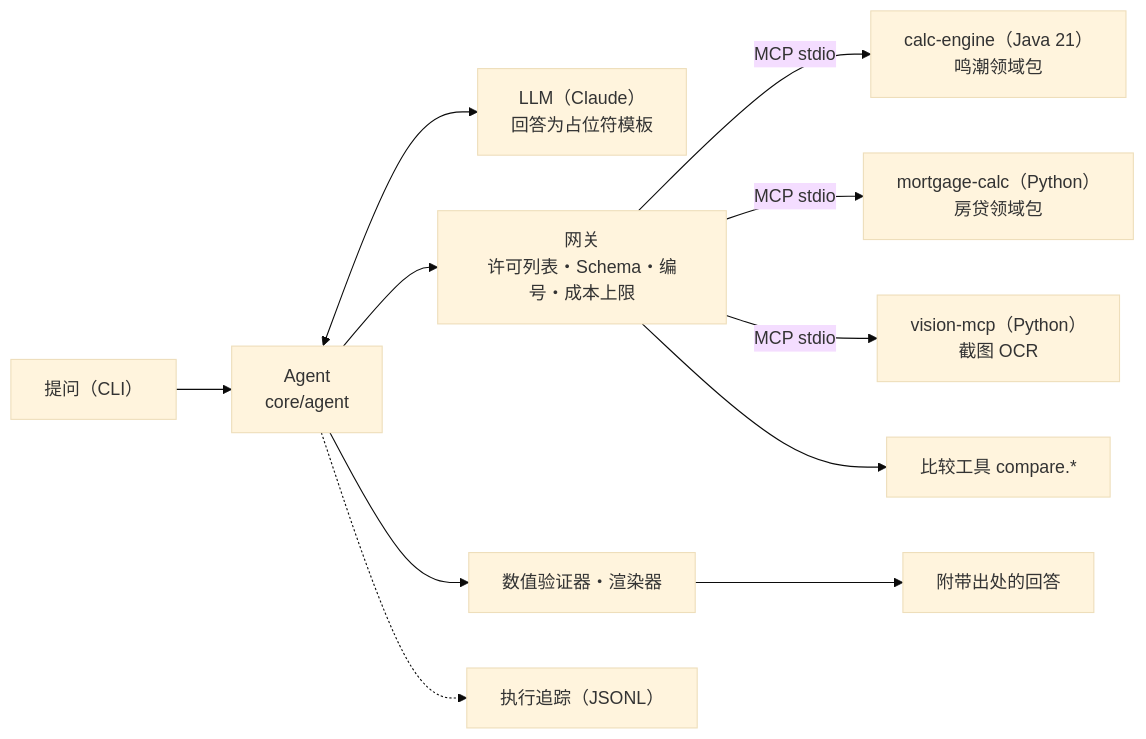
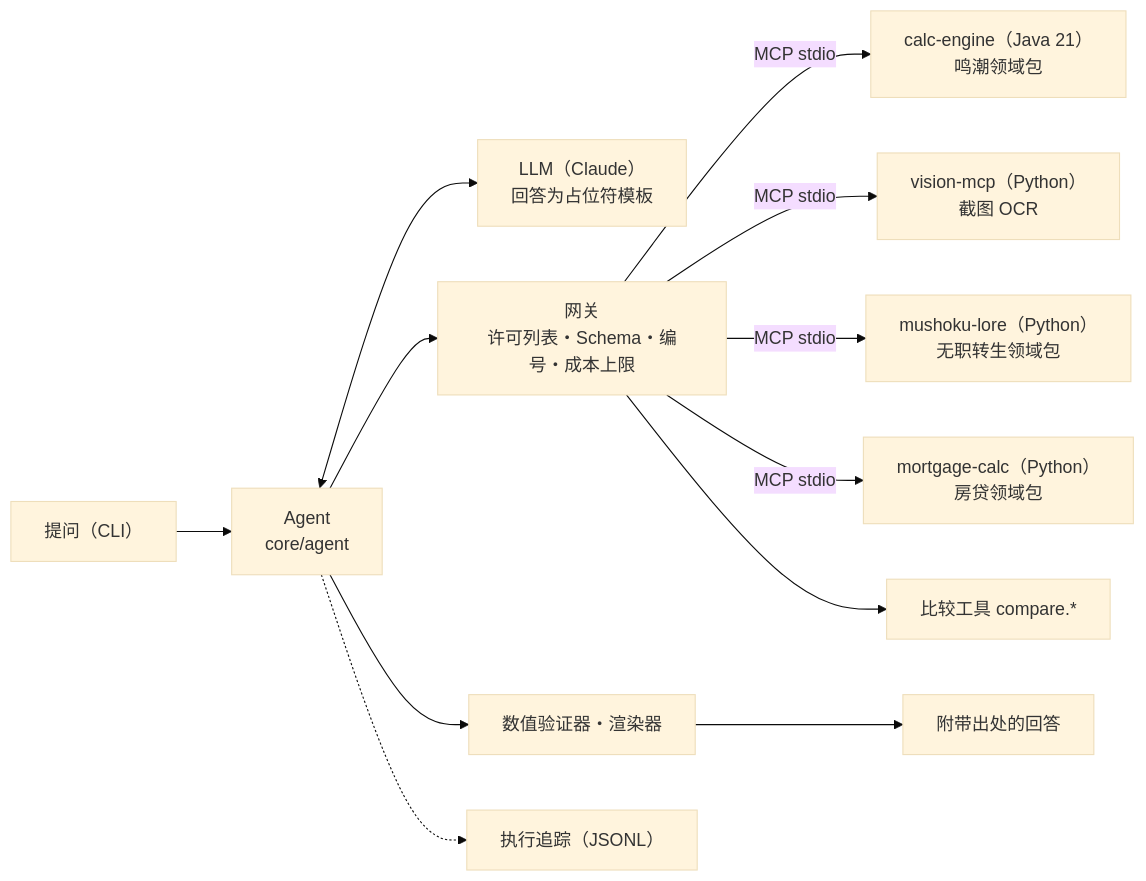
Before and after one commit to hexinlong9981/echolab: the diagram in README.zh-CN.md, drawn with Mermaid (base theme). The commit also changed other lines of this file and 22 other files, not shown here.

````diff
--- a/README.zh-CN.md
+++ b/README.zh-CN.md
@@ -44,13 +44,14 @@
 ```mermaid
 flowchart LR
   Q["提问（CLI）"] --> A["Agent<br/>core/agent"]
   A <--> L["LLM（Claude）<br/>回答为占位符模板"]
   A --> G["网关<br/>许可列表・Schema・编号・成本上限"]
   G -->|MCP stdio| J["calc-engine（Java 21）<br/>鸣潮领域包"]
+  G -->|MCP stdio| O["vision-mcp（Python）<br/>截图 OCR"]
+  G -->|MCP stdio| N["mushoku-lore（Python）<br/>无职转生领域包"]
   G -->|MCP stdio| M["mortgage-calc（Python）<br/>房贷领域包"]
-  G -->|MCP stdio| O["vision-mcp（Python）<br/>截图 OCR"]
   G --> K["比较工具 compare.*"]
   A --> V["数值验证器・渲染器"]
   V --> R["附带出处的回答"]
   A -.-> T["执行追踪（JSONL）"]
 ```
````
